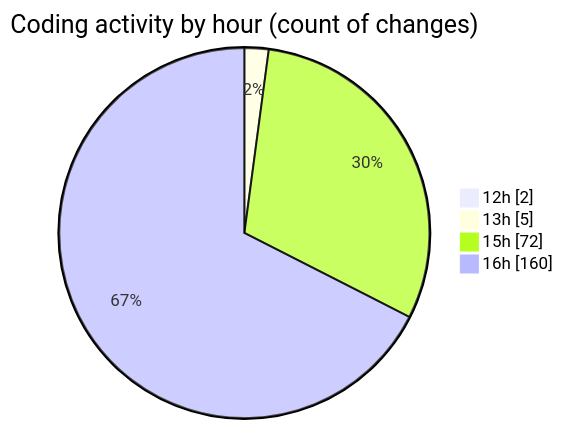
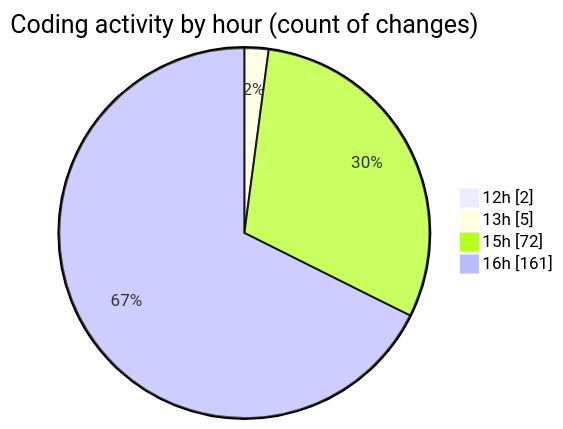
Before and after one commit to EIIisD/code-tracking: the second of 2 diagrams in 2025-07-12/fish/README.md, drawn with Mermaid. The commit also changed other lines of this file and 1 other file, not shown here.

````diff
--- a/2025-07-12/fish/README.md
+++ b/2025-07-12/fish/README.md
@@ -153,8 +153,8 @@
 ```mermaid
 pie showData
 title Coding activity by hour (count of changes)
 "12h" : 2
 "13h" : 5
 "15h" : 72
-"16h" : 160
+"16h" : 161
 ```
````
